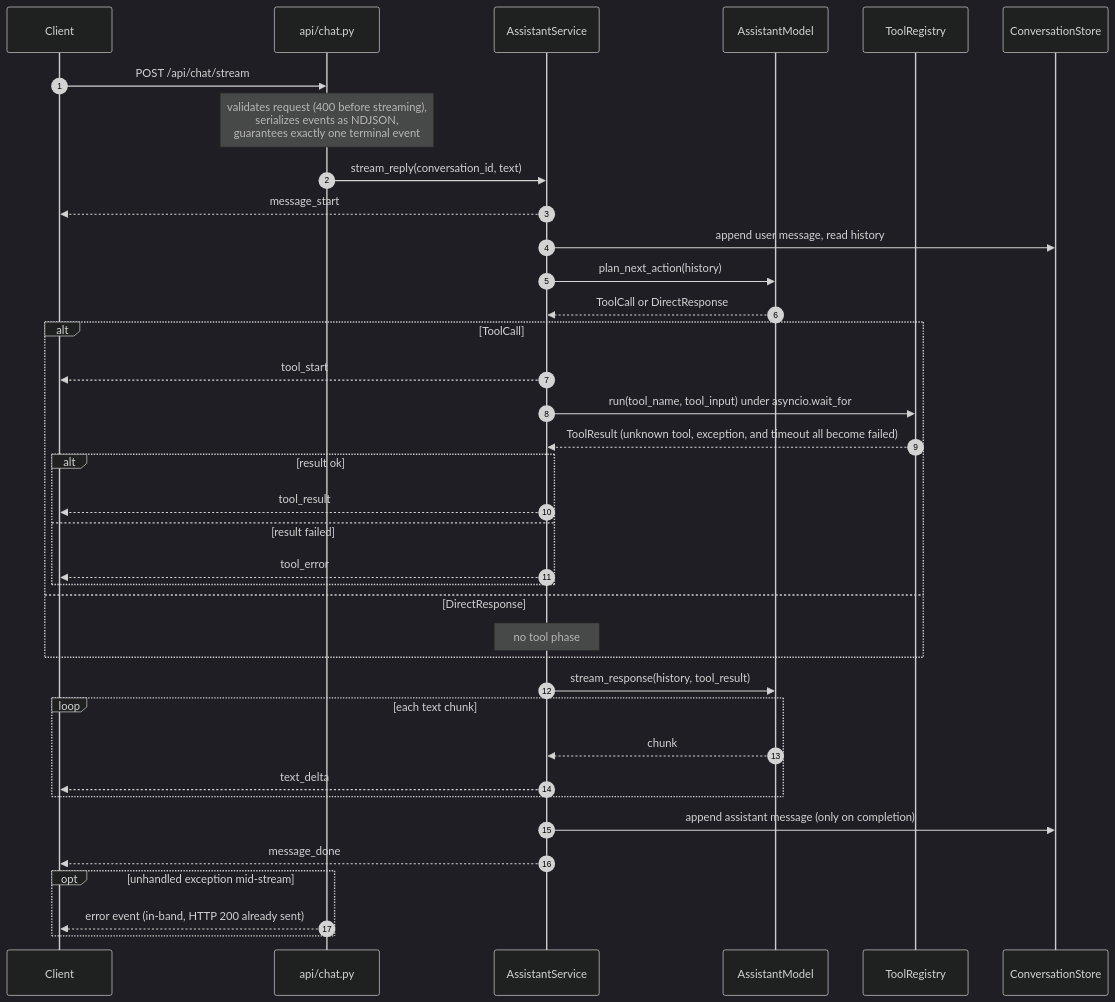
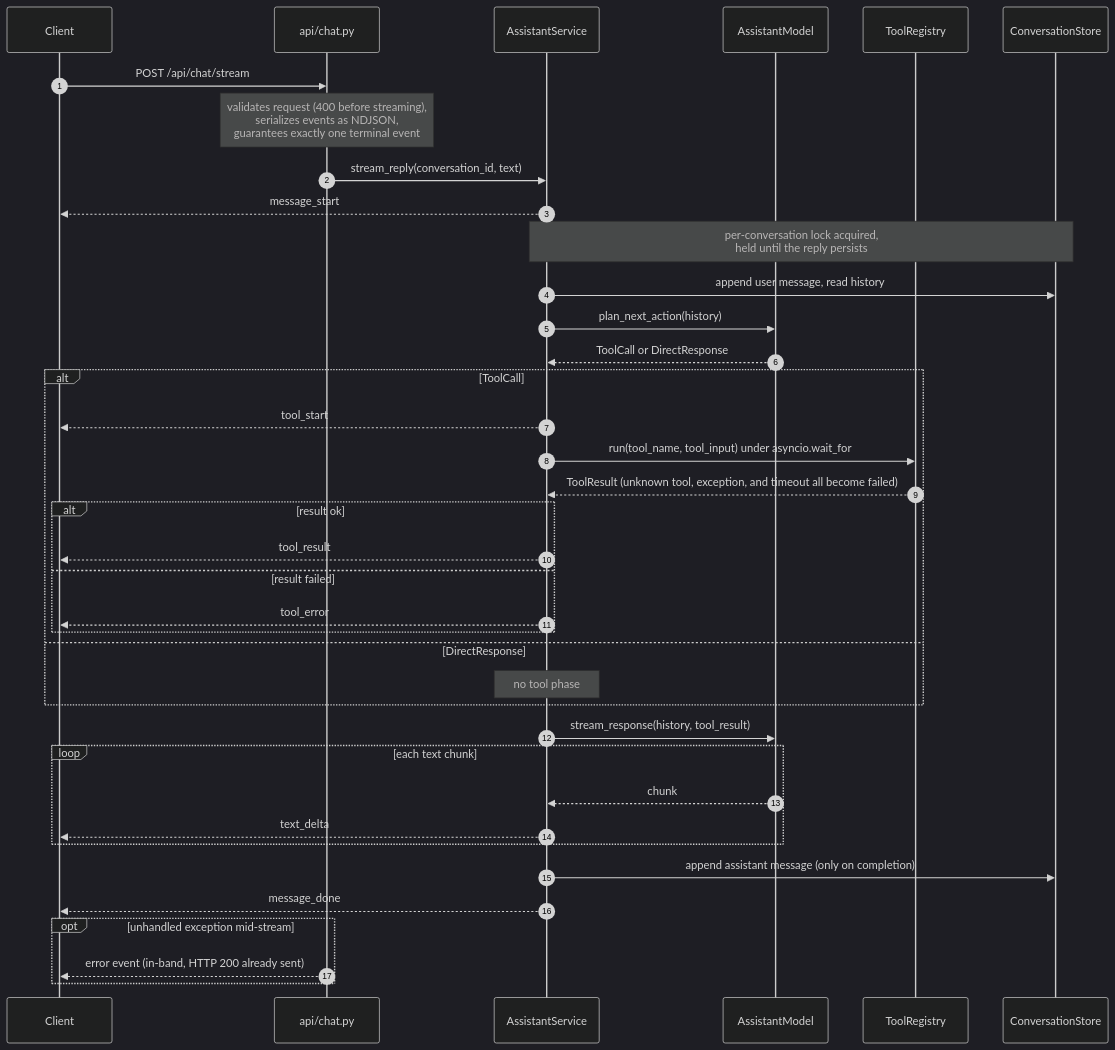
One commit to wesammustafa/streaming-chat-agent changed the first of 3 diagrams in DESIGN.md. Above: the diagram before and after it, drawn with Mermaid (dark theme). The commit also changed other lines of this file and 1 other file, not shown here.

````diff
--- a/DESIGN.md
+++ b/DESIGN.md
@@ -50,43 +50,44 @@
 ```mermaid
 sequenceDiagram
   autonumber
   participant C as Client
   participant A as api/chat.py
   participant S as AssistantService
   participant M as AssistantModel
   participant R as ToolRegistry
   participant D as ConversationStore
 
   C->>A: POST /api/chat/stream
   Note over A: validates request (400 before streaming),<br/>serializes events as NDJSON,<br/>guarantees exactly one terminal event
   A->>S: stream_reply(conversation_id, text)
   S-->>C: message_start
+  Note over S,D: per-conversation lock acquired,<br/>held until the reply persists
   S->>D: append user message, read history
   S->>M: plan_next_action(history)
   M-->>S: ToolCall or DirectResponse
 
   alt ToolCall
     S-->>C: tool_start
     S->>R: run(tool_name, tool_input) under asyncio.wait_for
     R-->>S: ToolResult (unknown tool, exception, and timeout all become failed)
     alt result ok
       S-->>C: tool_result
     else result failed
       S-->>C: tool_error
     end
   else DirectResponse
     Note over S: no tool phase
   end
 
   S->>M: stream_response(history, tool_result)
   loop each text chunk
     M-->>S: chunk
     S-->>C: text_delta
   end
   S->>D: append assistant message (only on completion)
   S-->>C: message_done
 
   opt unhandled exception mid-stream
     A-->>C: error event (in-band, HTTP 200 already sent)
   end
 ```
````
